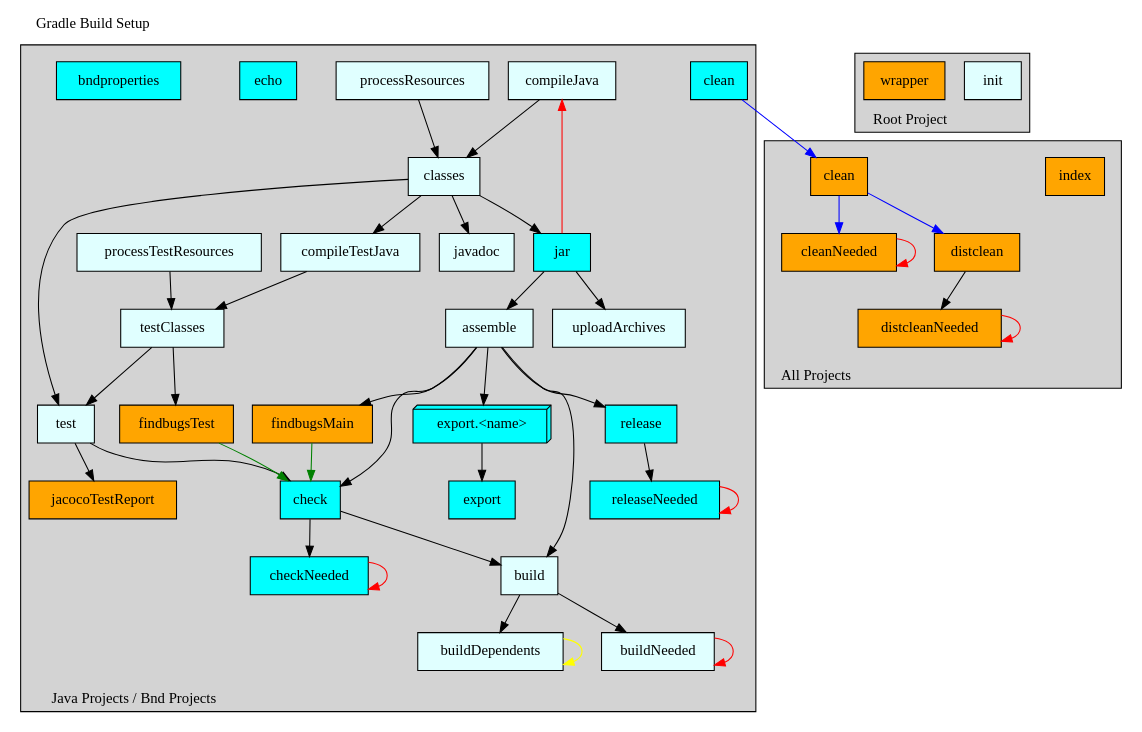
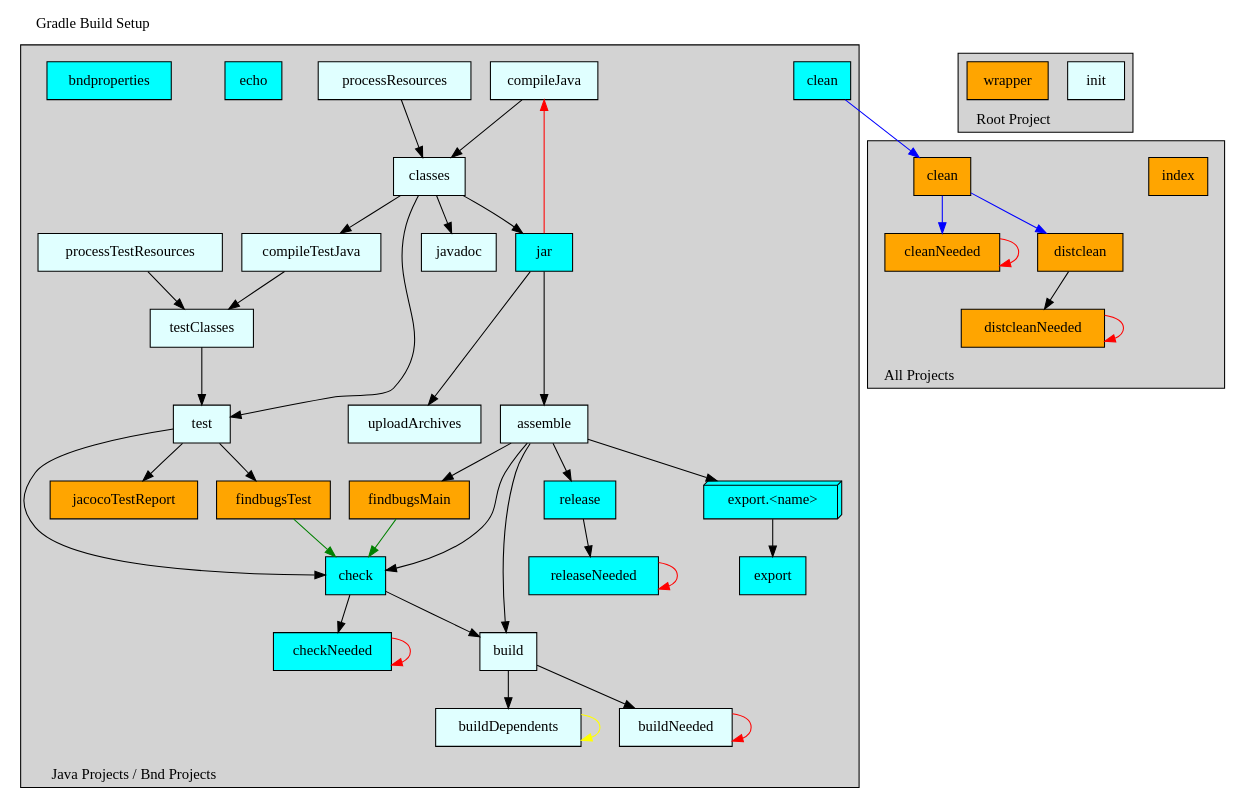
The diagram in nl.pelagic.bndtools.headless.build.plugin.gradle/resources/templates/unprocessed/cnf/gradle/doc/template.dot (paulvi/bndtoolsPlugins), drawn with Graphviz before and after one commit. The commit also changed 7 other files, not shown here.

Commit message:
gradle: findbugs depends on assemble/test (main/test)

```diff
--- a/nl.pelagic.bndtools.headless.build.plugin.gradle/resources/templates/unprocessed/cnf/gradle/doc/template.dot
+++ b/nl.pelagic.bndtools.headless.build.plugin.gradle/resources/templates/unprocessed/cnf/gradle/doc/template.dot
@@ -1,186 +1,186 @@
 /*
  * WARNING
  *
  * This file is maintained automatically by Bndtools.
  * You should not edit it.
  *
  * See the BUILDING-GRADLE.md document in the root project for more details.
  *
  * To create an SVG diagram from this file, install graphviz and run:
  *   dot -Tsvg "$1.dot" -o "$1.svg"   (on a Linux   machine)
  *   dot -Tsvg "%1.dot" -o "%1.svg"   (on a Windows machine)
  */
 
 
 digraph GradleSetup {
   label="Gradle Build Setup"
   labelloc=t
   labeljust=l
 
   subgraph cluster1 {
     label="Java Projects / Bnd Projects";
     labelloc=b
     labeljust=l
     style=filled;
     fillcolor=lightgrey;
     color=black;
 
     subgraph cluster101 {
       label="";
       style=invis;
       compileJava          [shape=box, style=filled, fillcolor=lightcyan, label="compileJava"         ]
       processResources     [shape=box, style=filled, fillcolor=lightcyan, label="processResources"    ]
       classes              [shape=box, style=filled, fillcolor=lightcyan, label="classes"             ]
     }
 
     subgraph cluster102 {
       label="";
       style=invis;
       jar                  [shape=box, style=filled, fillcolor=cyan     , label="jar"                 ]
     }
 
     subgraph cluster103 {
       label="";
       style=invis;
       compileTestJava      [shape=box, style=filled, fillcolor=lightcyan, label="compileTestJava"     ]
       processTestResources [shape=box, style=filled, fillcolor=lightcyan, label="processTestResources"]
       testClasses          [shape=box, style=filled, fillcolor=lightcyan, label="testClasses"         ]
     }
 
     subgraph cluster104 {
       label="";
       style=invis;
       test                 [shape=box, style=filled, fillcolor=lightcyan, label="test"                ]
     }
 
     subgraph cluster105 {
       label="";
       style=invis;
       uploadArchives       [shape=box, style=filled, fillcolor=lightcyan, label="uploadArchives"      ]
       assemble             [shape=box, style=filled, fillcolor=lightcyan, label="assemble"            ]
     }
 
     subgraph cluster106 {
       label="";
       style=invis;
       check                [shape=box, style=filled, fillcolor=cyan     , label="check"               ]
       checkNeeded          [shape=box, style=filled, fillcolor=cyan     , label="checkNeeded"         ]
     }
 
     subgraph cluster107 {
       label="";
       style=invis;
       release              [shape=box, style=filled, fillcolor=cyan     , label="release"             ]
       releaseNeeded        [shape=box, style=filled, fillcolor=cyan     , label="releaseNeeded"       ]
     }
 
     subgraph cluster108 {
       label="";
       style=invis;
       exportX              [shape=box3d, style=filled, fillcolor=cyan   , label="export.<name>"       ]
       export               [shape=box  , style=filled, fillcolor=cyan   , label="export"              ]
     }
 
     subgraph cluster109 {
       label="";
       style=invis;
       build                [shape=box, style=filled, fillcolor=lightcyan, label="build"               ]
       buildDependents      [shape=box, style=filled, fillcolor=lightcyan, label="buildDependents"     ]
       buildNeeded          [shape=box, style=filled, fillcolor=lightcyan, label="buildNeeded"         ]
     }
 
     subgraph cluster110 {
       label="";
       style=invis;
       findbugsMain         [shape=box, style=filled, fillcolor=orange   , label="findbugsMain"        ]
       findbugsTest         [shape=box, style=filled, fillcolor=orange   , label="findbugsTest"        ]
     }
 
     javadoc                [shape=box, style=filled, fillcolor=lightcyan, label="javadoc"             ]
 
     clean                  [shape=box, style=filled, fillcolor=cyan     , label="clean"               ]
     echo                   [shape=box, style=filled, fillcolor=cyan     , label="echo"                ]
     bndproperties          [shape=box, style=filled, fillcolor=cyan     , label="bndproperties"       ]
     jacocoTestReport       [shape=box, style=filled, fillcolor=orange   , label="jacocoTestReport"    ]
 
     compileJava            -> classes
     processResources       -> classes
     classes                -> javadoc
     classes                -> compileTestJava
     classes                -> jar
     classes                -> test
     compileTestJava        -> testClasses
     processTestResources   -> testClasses
     jar                    -> uploadArchives
     jar                    -> assemble
     testClasses            -> test
     assemble               -> build
     assemble               -> check
     test                   -> check
     check                  -> checkNeeded
     checkNeeded            -> checkNeeded        [color=red   ]
     check                  -> build
     build                  -> buildDependents
     buildDependents        -> buildDependents    [color=yellow]
     build                  -> buildNeeded
     buildNeeded            -> buildNeeded        [color=red   ]
 
     jar                    -> compileJava        [color=red   ]
     assemble               -> release
     assemble               -> exportX
     exportX                -> export
     release                -> releaseNeeded
     releaseNeeded          -> releaseNeeded      [color=red   ]
 
     assemble               -> findbugsMain
-    testClasses            -> findbugsTest
+    test                   -> findbugsTest
     findbugsMain           -> check              [color=green ]
     findbugsTest           -> check              [color=green ]
     test                   -> jacocoTestReport
   }
 
 
   subgraph cluster2 {
     label="Root Project";
     labelloc=b
     labeljust=l
     style=filled;
     fillcolor=lightgrey;
     color=black;
 
     init                   [shape=box, style=filled, fillcolor=lightcyan, label="init"                ]
     wrapper                [shape=box, style=filled, fillcolor=orange   , label="wrapper"             ]
   }
 
 
   subgraph cluster3 {
     label="All Projects";
     labelloc=b
     labeljust=l
     style=filled;
     fillcolor=lightgrey;
     color=black;
 
     subgraph cluster301 {
       label="";
       style=invis;
       index                [shape=box, style=filled, fillcolor=orange   , label="index"               ]
     }
 
     subgraph cluster302 {
       label="";
       style=invis;
       cleanAll             [shape=box, style=filled, fillcolor=orange   , label="clean"               ]
       cleanAllNeeded       [shape=box, style=filled, fillcolor=orange   , label="cleanNeeded"         ]
       distclean            [shape=box, style=filled, fillcolor=orange   , label="distclean"           ]
       distcleanNeeded      [shape=box, style=filled, fillcolor=orange   , label="distcleanNeeded"     ]
     }
 
     clean                  -> cleanAll           [color=blue  ]
     cleanAll               -> cleanAllNeeded     [color=blue  ]
     cleanAllNeeded         -> cleanAllNeeded     [color=red   ]
     cleanAll               -> distclean          [color=blue  ]
     distclean              -> distcleanNeeded
     distcleanNeeded        -> distcleanNeeded    [color=red   ]
   }
 }
```
